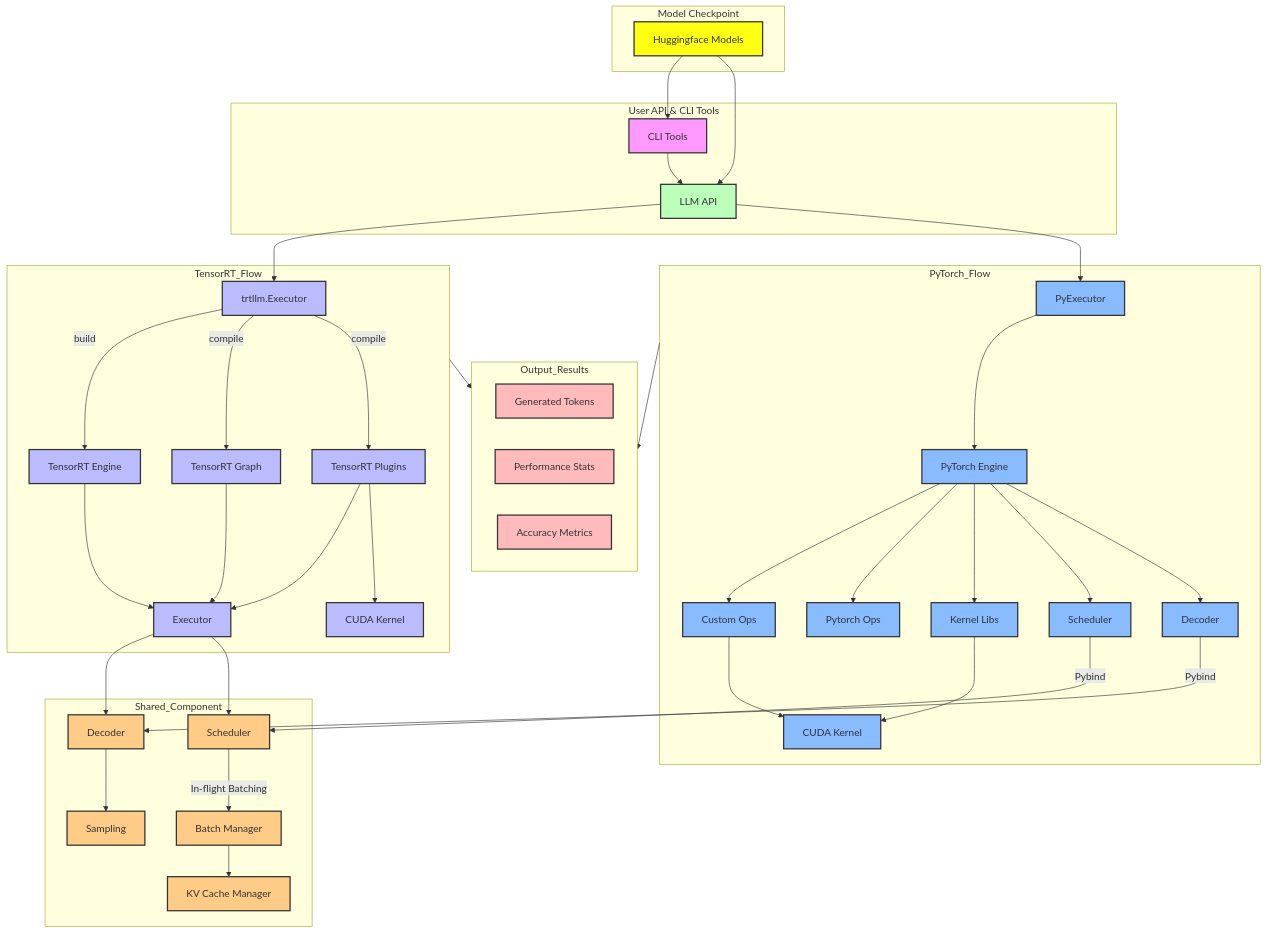
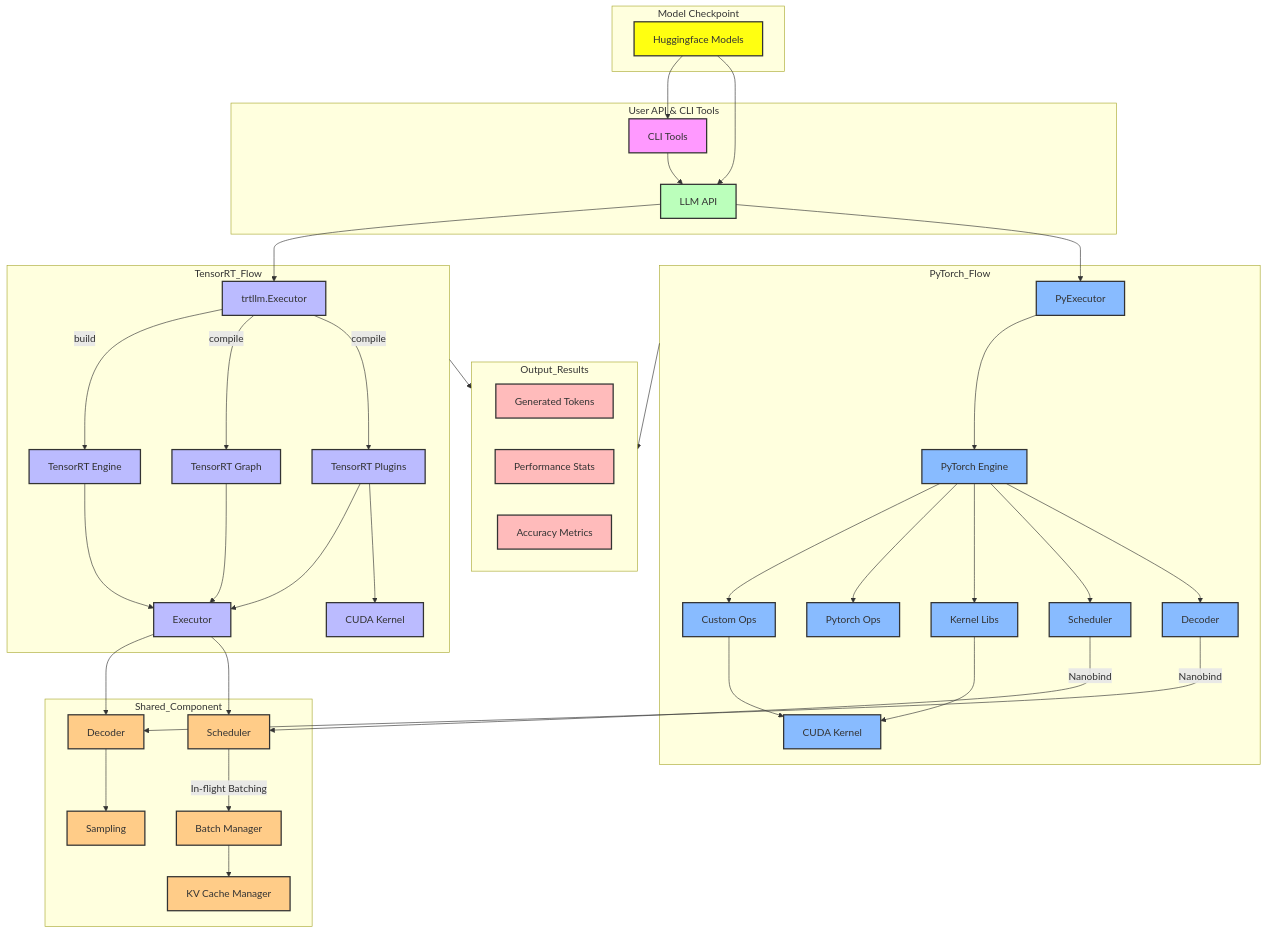
Before and after one commit to NVIDIA/TensorRT-LLM: the diagram in .github/tava_architecture_diagram.md, drawn with Mermaid.

Commit message:
Update tava architecture diagram

```diff
--- a/.github/tava_architecture_diagram.md
+++ b/.github/tava_architecture_diagram.md
@@ -55,8 +55,8 @@
         Sampling[Sampling]
         BatchManager[Batch Manager]
         KVCache[KV Cache Manager]
-        PyScheduler --> |Pybind|Shared_Scheduler
-        PyDecoder --> |Pybind|Shared_Decoder
+        PyScheduler --> |Nanobind|Shared_Scheduler
+        PyDecoder --> |Nanobind|Shared_Decoder
         Executor --> Shared_Decoder
         Shared_Decoder --> Sampling
         Executor --> Shared_Scheduler[Scheduler]
```
